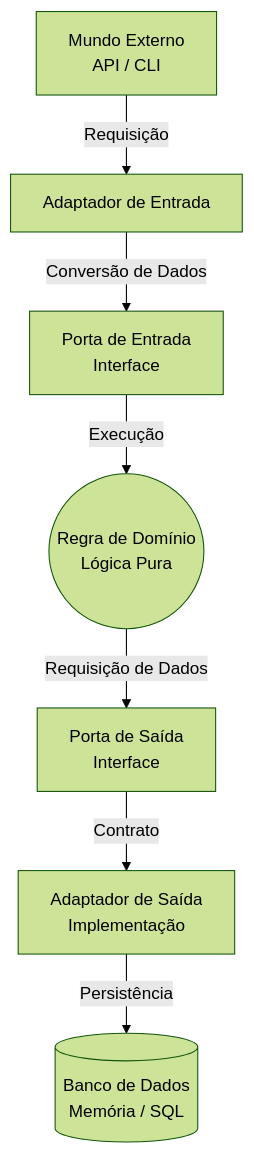
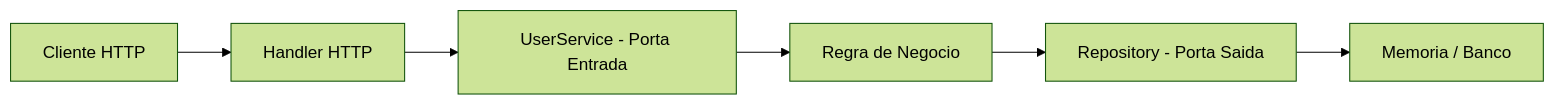
Before and after one commit to GabrielSantarem/web: the diagram in docs/arquitetura-hexagonal.md, drawn with Mermaid (forest theme). The commit also changed other lines of this file and 2 other files, not shown here.

````diff
--- a/docs/arquitetura-hexagonal.md
+++ b/docs/arquitetura-hexagonal.md
@@ -18,9 +30,8 @@
 ```mermaid
-flowchart TD
-    A[Mundo Externo <br> API / CLI] -->|Requisição| B[Adaptador de Entrada]
-    B -->|Conversão de Dados| C[Porta de Entrada <br> Interface]
-    C -->|Execução| D((Regra de Domínio <br> Lógica Pura))
-    D -->|Requisição de Dados| E[Porta de Saída <br> Interface]
-    E -->|Contrato| F[Adaptador de Saída <br> Implementação]
-    F -->|Persistência| G[(Banco de Dados <br> Memória / SQL)]
+flowchart LR
+    A[Cliente HTTP] --> B[Handler HTTP]
+    B --> C[UserService - Porta Entrada]
+    C --> D[Regra de Negocio]
+    D --> E[Repository - Porta Saida]
+    E --> F[Memoria / Banco]
 ```
````
